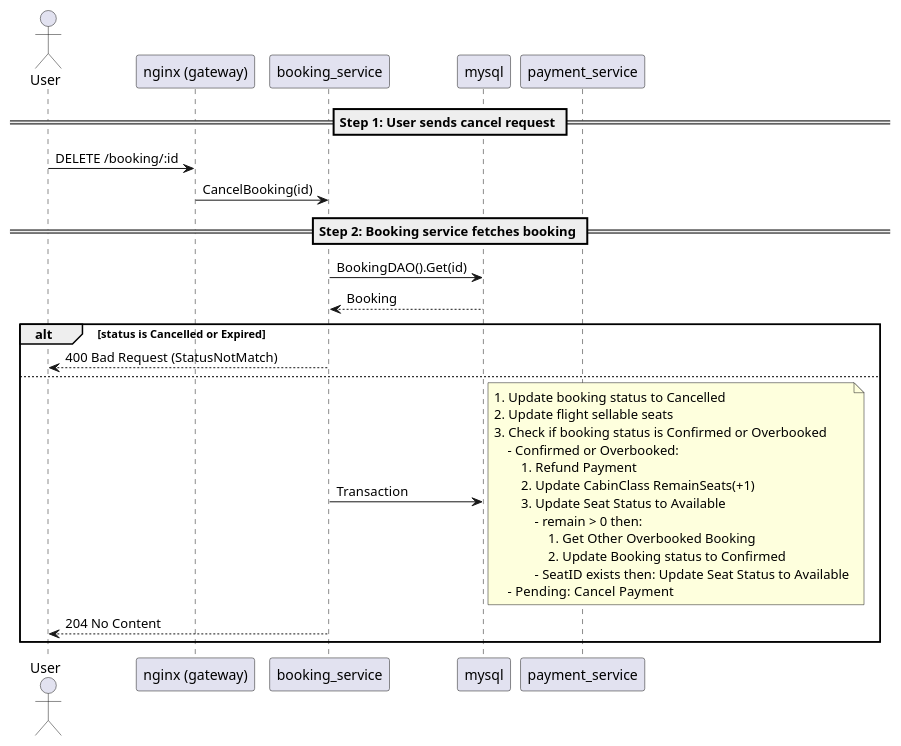
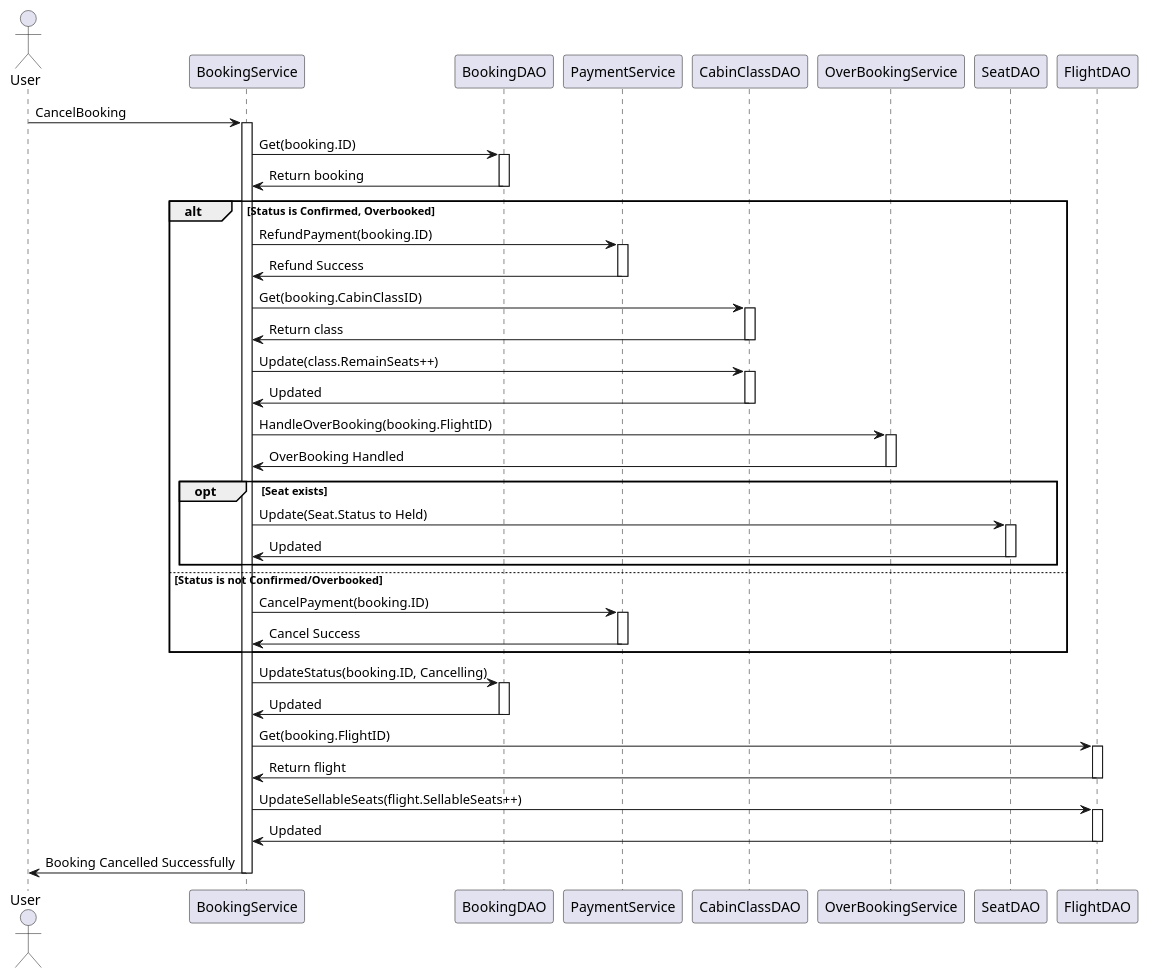
The diagram in docs/booking_cancel_flow.puml (HarveyJhuang1010/airplane), drawn with PlantUML before and after one commit. The commit also changed 36 other files, not shown here.

Commit message:
fix: booking and payment

```diff
--- a/docs/booking_cancel_flow.puml
+++ b/docs/booking_cancel_flow.puml
@@ -1,36 +1,62 @@
 @startuml
 actor User
-participant "nginx (gateway)" as NGINX
-participant "booking_service" as BookingAPI
-participant "mysql" as MySQL
-participant "payment_service" as Payment
+User -> BookingService: CancelBooking
+activate BookingService
 
-== Step 1: User sends cancel request ==
-User -> NGINX: DELETE /booking/:id
-NGINX -> BookingAPI: CancelBooking(id)
+BookingService -> BookingDAO: Get(booking.ID)
+activate BookingDAO
+BookingDAO -> BookingService: Return booking
+deactivate BookingDAO
 
-== Step 2: Booking service fetches booking ==
-BookingAPI -> MySQL: BookingDAO().Get(id)
-MySQL --> BookingAPI: Booking
+alt Status is Confirmed, Overbooked
+    BookingService -> PaymentService: RefundPayment(booking.ID)
+    activate PaymentService
+    PaymentService -> BookingService: Refund Success
+    deactivate PaymentService
 
-alt status is Cancelled or Expired
-    BookingAPI --> User: 400 Bad Request (StatusNotMatch)
-else
-    BookingAPI -> MySQL: Transaction
-    note right
-        1. Update booking status to Cancelled
-        2. Update flight sellable seats
-        3. Check if booking status is Confirmed or Overbooked
-            - Confirmed or Overbooked:
-                1. Refund Payment
-                2. Update CabinClass RemainSeats(+1)
-                3. Update Seat Status to Available
-                    - remain > 0 then:
-                        1. Get Other Overbooked Booking
-                        2. Update Booking status to Confirmed
-                    - SeatID exists then: Update Seat Status to Available
-            -  Pending: Cancel Payment
-    end note
-    BookingAPI --> User: 204 No Content
+    BookingService -> CabinClassDAO: Get(booking.CabinClassID)
+    activate CabinClassDAO
+    CabinClassDAO -> BookingService: Return class
+    deactivate CabinClassDAO
+
+    BookingService -> CabinClassDAO: Update(class.RemainSeats++)
+    activate CabinClassDAO
+    CabinClassDAO -> BookingService: Updated
+    deactivate CabinClassDAO
+
+    BookingService -> OverBookingService: HandleOverBooking(booking.FlightID)
+    activate OverBookingService
+    OverBookingService -> BookingService: OverBooking Handled
+    deactivate OverBookingService
+
+    opt Seat exists
+        BookingService -> SeatDAO: Update(Seat.Status to Held)
+        activate SeatDAO
+        SeatDAO -> BookingService: Updated
+        deactivate SeatDAO
+    end
+else Status is not Confirmed/Overbooked
+    BookingService -> PaymentService: CancelPayment(booking.ID)
+    activate PaymentService
+    PaymentService -> BookingService: Cancel Success
+    deactivate PaymentService
 end
+
+BookingService -> BookingDAO: UpdateStatus(booking.ID, Cancelling)
+activate BookingDAO
+BookingDAO -> BookingService: Updated
+deactivate BookingDAO
+
+BookingService -> FlightDAO: Get(booking.FlightID)
+activate FlightDAO
+FlightDAO -> BookingService: Return flight
+deactivate FlightDAO
+
+BookingService -> FlightDAO: UpdateSellableSeats(flight.SellableSeats++)
+activate FlightDAO
+FlightDAO -> BookingService: Updated
+deactivate FlightDAO
+
+BookingService -> User: Booking Cancelled Successfully
+deactivate BookingService
 @enduml
```
